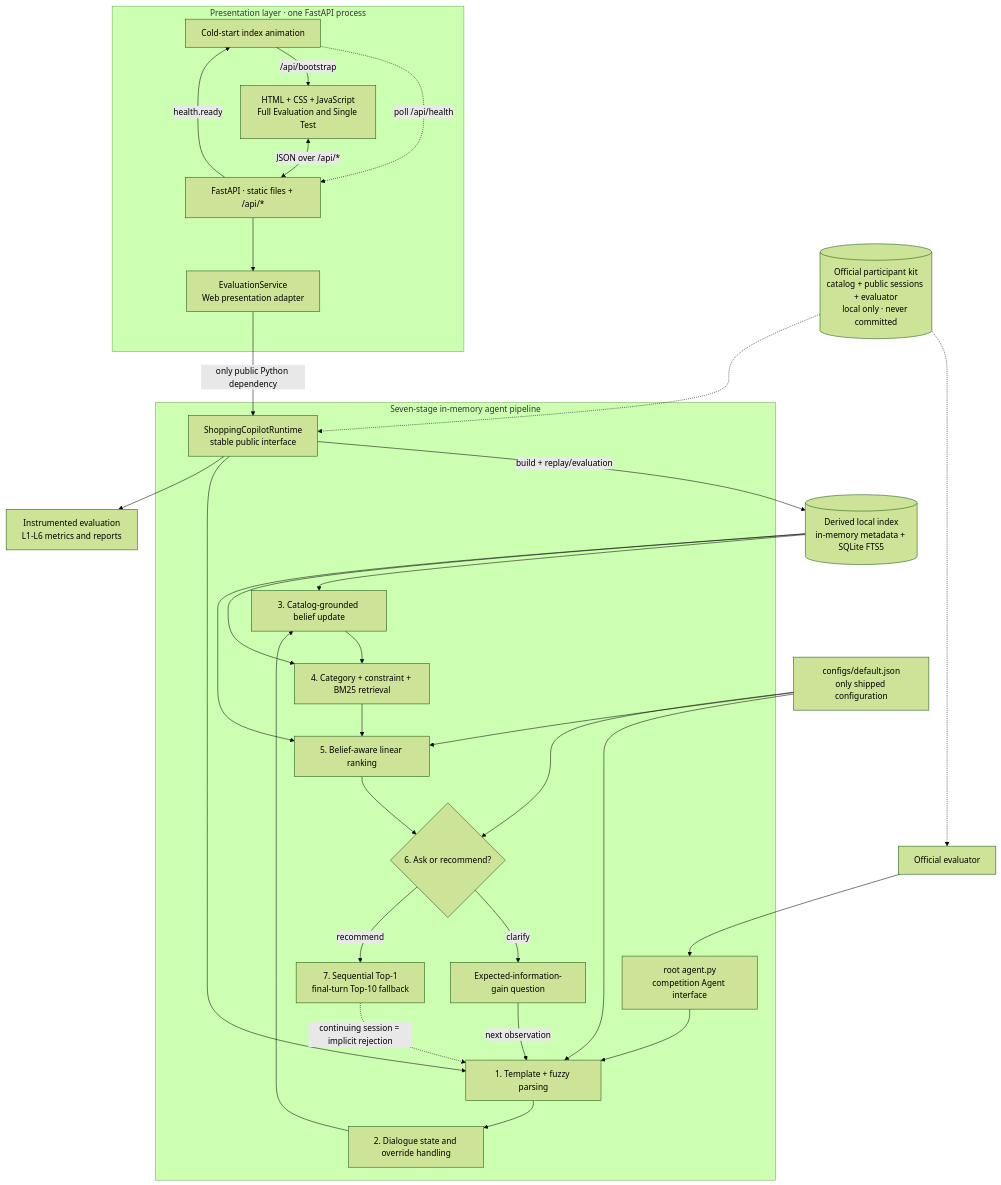
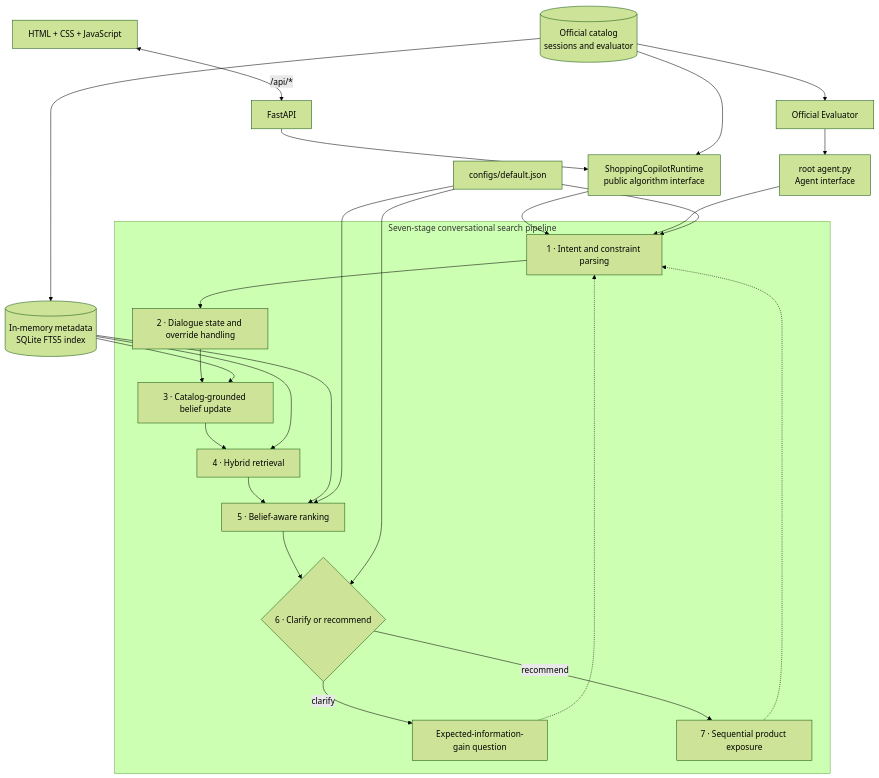
One commit to app9988/Competition2026 changed the diagram in README.md. Above: the diagram before and after it, drawn with Mermaid (forest theme). The commit also changed other lines of this file, not shown here.

````diff
--- a/README.md
+++ b/README.md
@@ -23,48 +27,35 @@
 ```mermaid
 flowchart TB
-    subgraph Web["Presentation layer · one FastAPI process"]
-        Loader["Cold-start index animation"]
-        UI["HTML + CSS + JavaScript<br/>Full Evaluation and Single Test"]
-        HTTP["FastAPI · static files + /api/*"]
-        View["EvaluationService<br/>Web presentation adapter"]
+    Browser["HTML + CSS + JavaScript"] <-->|"/api/*"| Web["FastAPI"]
+    Web --> Runtime["ShoppingCopilotRuntime<br/>public algorithm interface"]
 
-        Loader -.->|"poll /api/health"| HTTP
-        HTTP -->|"health.ready"| Loader
-        Loader -->|"/api/bootstrap"| UI
-        UI <-->|"JSON over /api/*"| HTTP
-        HTTP --> View
+    Evaluator["Official Evaluator"] --> Entry["root agent.py<br/>Agent interface"]
+    Kit[("Official catalog<br/>sessions and evaluator")]
+    Index[("In-memory metadata<br/>SQLite FTS5 index")]
+    Config["configs/default.json"]
+
+    Kit --> Evaluator
+    Kit --> Runtime
+    Kit --> Index
+
+    subgraph Pipeline["Seven-stage conversational search pipeline"]
+        Parse["1 · Intent and constraint parsing"] --> State["2 · Dialogue state and override handling"]
+        State --> Belief["3 · Catalog-grounded belief update"]
+        Belief --> Retrieve["4 · Hybrid retrieval"]
+        Retrieve --> Rank["5 · Belief-aware ranking"]
+        Rank --> Decide{"6 · Clarify or recommend"}
+        Decide -->|"clarify"| Ask["Expected-information-gain question"]
+        Decide -->|"recommend"| Expose["7 · Sequential product exposure"]
+        Ask -.-> Parse
+        Expose -.-> Parse
     end
 
-    View -->|"only public Python dependency"| Runtime["ShoppingCopilotRuntime<br/>stable public interface"]
-
-    Harness["Official evaluator"] --> Entry["root agent.py<br/>competition Agent interface"]
-    Kit[("Official participant kit<br/>catalog + public sessions + evaluator<br/>local only · never committed")]
-    Config["configs/default.json<br/>only shipped configuration"]
-    Index[("Derived local index<br/>in-memory metadata + SQLite FTS5")]
-
-    Kit -.-> Harness
-    Kit -.-> Runtime
-    Runtime -->|"build + replay/evaluation"| Index
-
-    subgraph Core["Seven-stage in-memory agent pipeline"]
-        Runtime --> Parse["1. Template + fuzzy parsing"]
-        Entry --> Parse
-        Parse --> State["2. Dialogue state and override handling"]
-        State --> Belief["3. Catalog-grounded belief update"]
-        Belief --> Retrieve["4. Category + constraint + BM25 retrieval"]
-        Retrieve --> Rank["5. Belief-aware linear ranking"]
-        Rank --> Decide{"6. Ask or recommend?"}
-        Decide -->|"clarify"| Ask["Expected-information-gain question"]
-        Ask -->|"next observation"| Parse
-        Decide -->|"recommend"| Expose["7. Sequential Top-1<br/>final-turn Top-10 fallback"]
-        Expose -.->|"continuing session = implicit rejection"| Parse
-    end
-
+    Runtime --> Parse
+    Entry --> Parse
+    Index --> Belief
+    Index --> Retrieve
+    Index --> Rank
     Config --> Parse
     Config --> Rank
     Config --> Decide
-    Index --> Belief
-    Index --> Retrieve
-    Index --> Rank
-    Runtime --> Report["Instrumented evaluation<br/>L1-L6 metrics and reports"]
 ```
````
